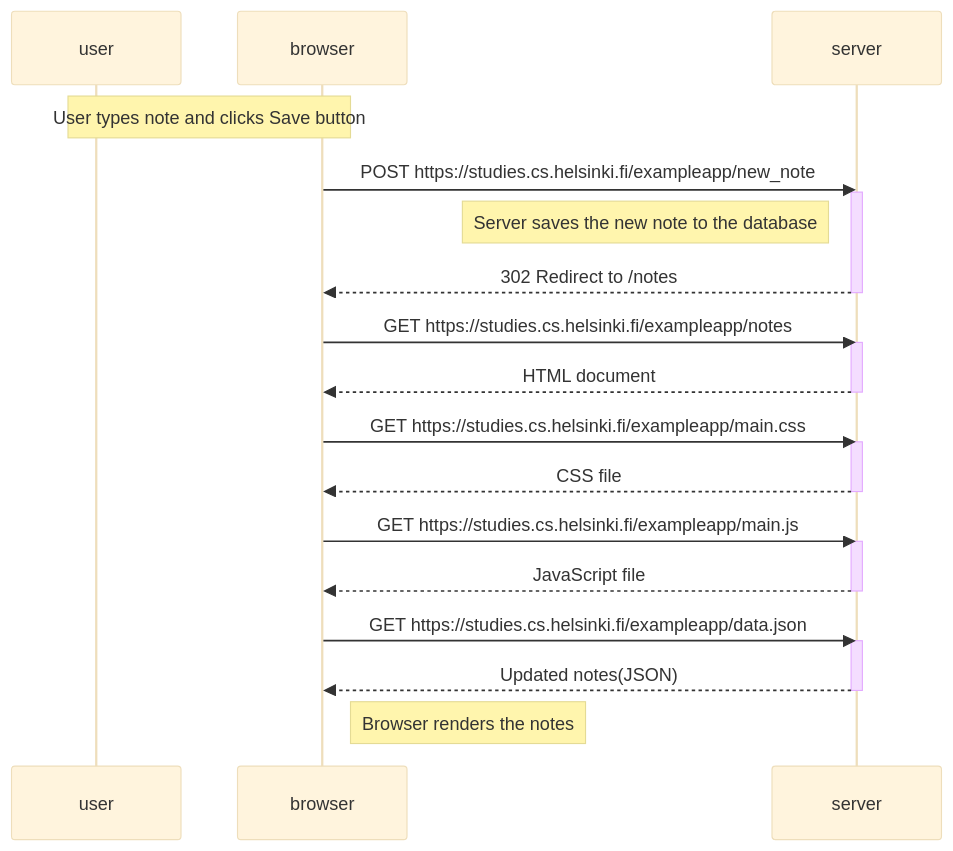
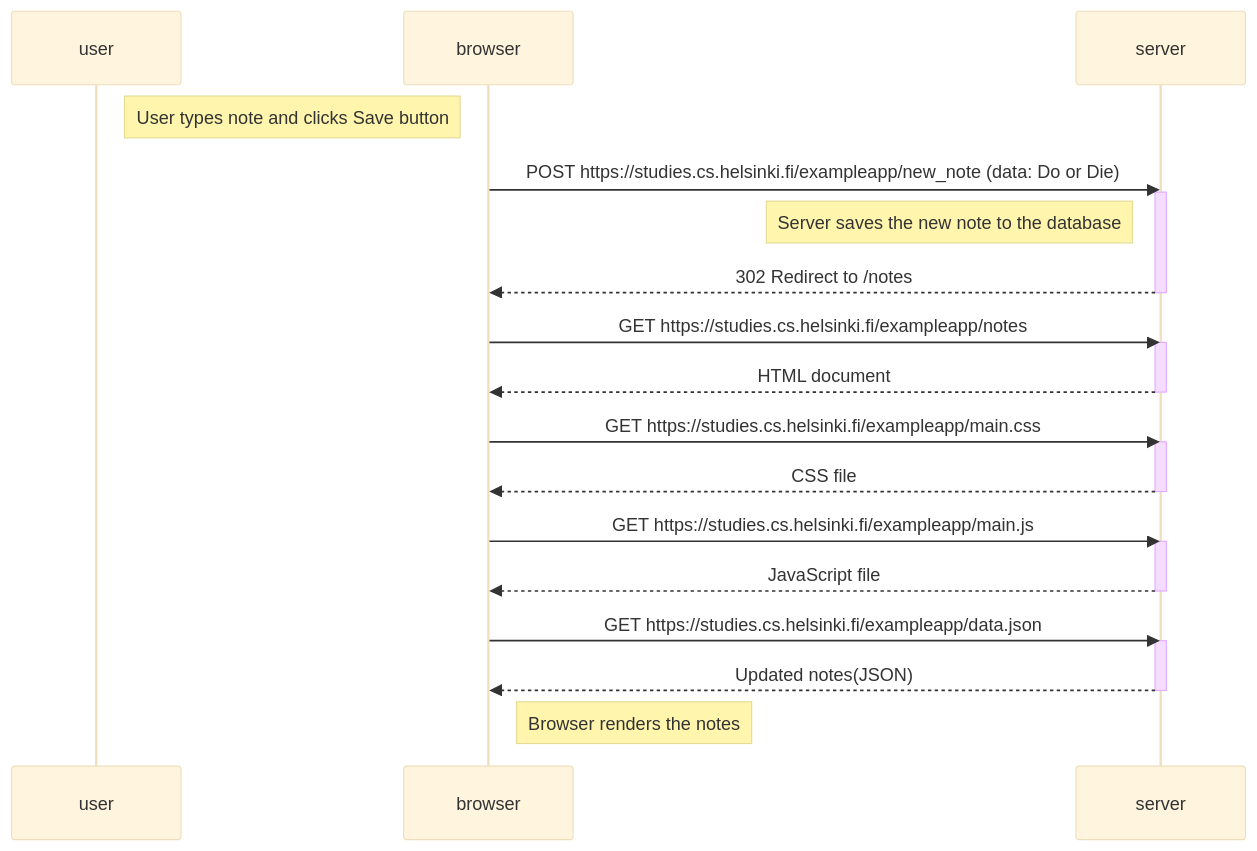
Before and after one commit to Anet456-tech/fullstackopen: the diagram in part0/0.4_New_note_diagram.md, drawn with Mermaid (base theme). The commit also changed 2 other files, not shown here.

Commit message:
modified diagrams

````diff
--- a/part0/0.4_New_note_diagram.md
+++ b/part0/0.4_New_note_diagram.md
@@ -1,36 +1,37 @@
 ```mermaid
 sequenceDiagram
     participant user
     participant browser
     participant server
 
-    Note over user, browser: User types note and clicks Save button
+    Note right of user: User types note and clicks Save button
 
-    browser->>server: POST https://studies.cs.helsinki.fi/exampleapp/new_note
+    browser->>server: POST https://studies.cs.helsinki.fi/exampleapp/new_note (data: Do or Die)
+    
     activate server
     Note left of server: Server saves the new note to the database
     server-->>browser: 302 Redirect to /notes
     deactivate server
 
     browser->>server: GET https://studies.cs.helsinki.fi/exampleapp/notes
     activate server
     server-->>browser: HTML document
     deactivate server
 
     browser->>server: GET https://studies.cs.helsinki.fi/exampleapp/main.css
     activate server
     server-->>browser: CSS file
     deactivate server
 
     browser->>server: GET https://studies.cs.helsinki.fi/exampleapp/main.js
     activate server
     server-->>browser: JavaScript file
     deactivate server
 
     browser->>server: GET https://studies.cs.helsinki.fi/exampleapp/data.json
     activate server
     server-->>browser: Updated notes(JSON)
     deactivate server
 
     Note right of browser: Browser renders the notes
 ```
````
